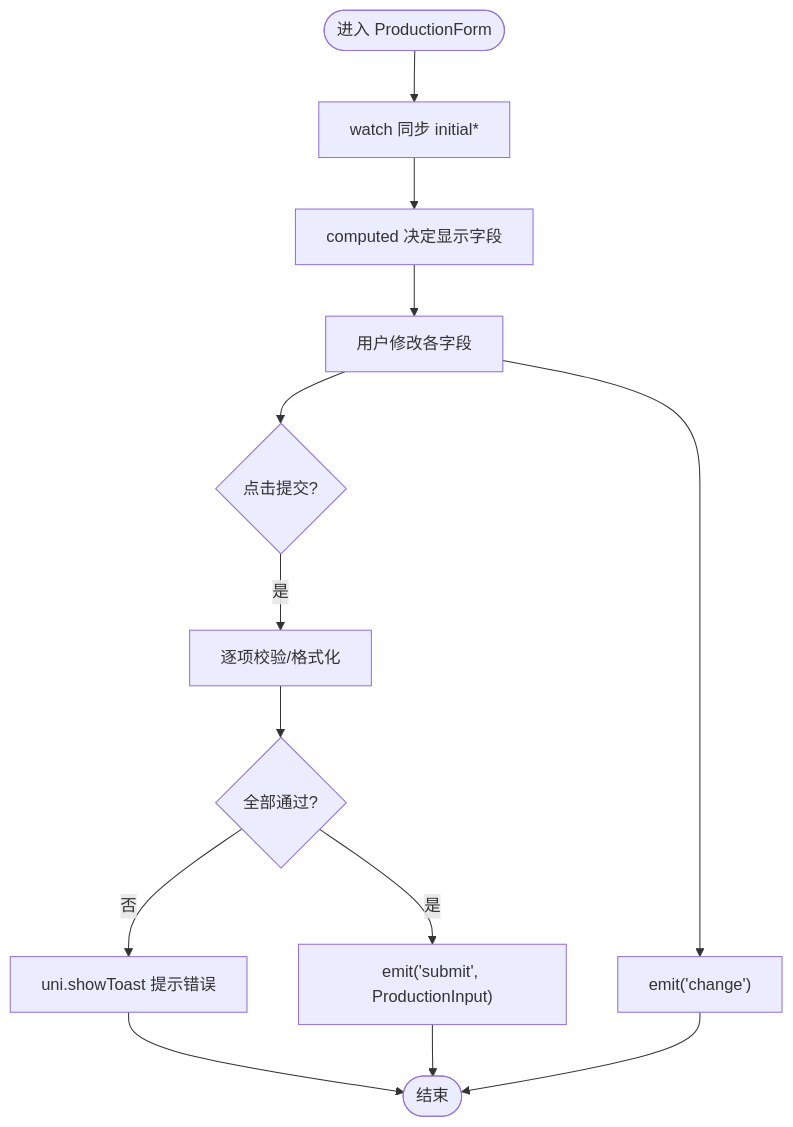
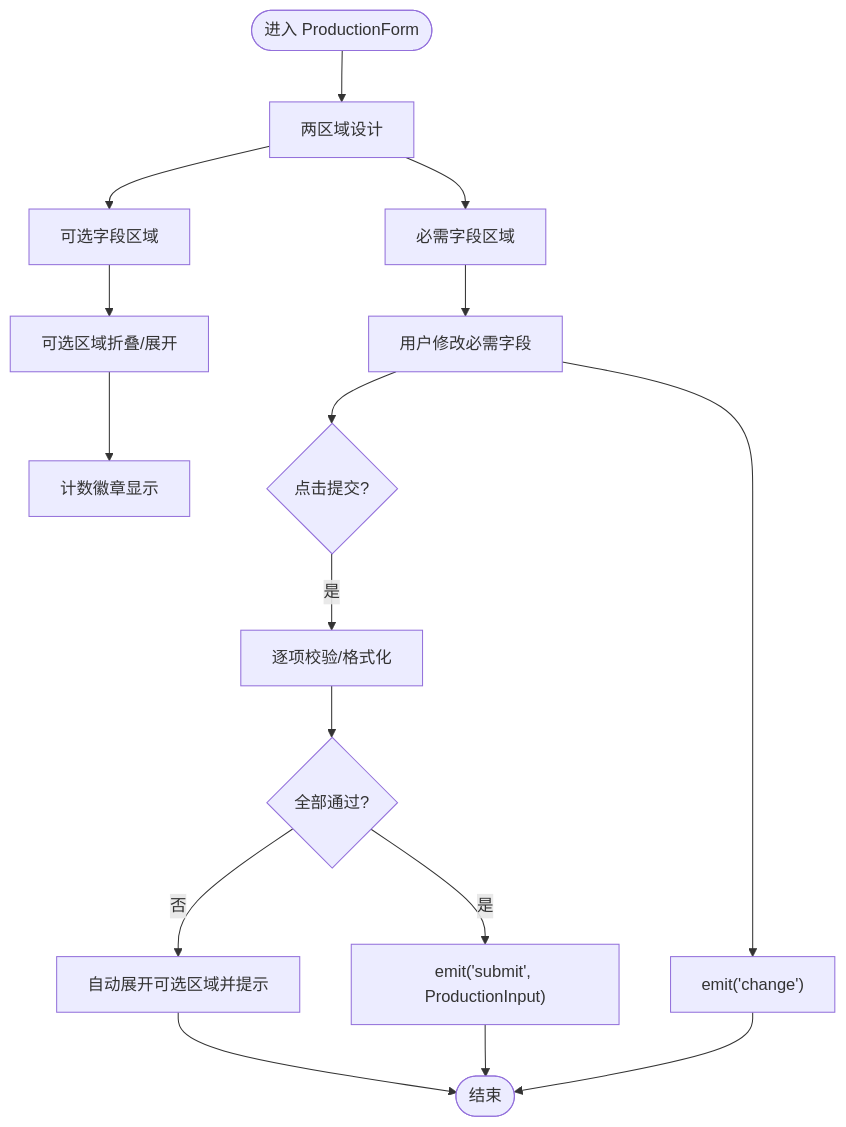
Before and after one commit to wungjyan/pocket-farm: the fourth of 7 diagrams in .qoder/repowiki/zh/content/系统架构/前端架构/组件系统.md, drawn with Mermaid. The commit also changed other lines of this file and 198 other files, not shown here.

````diff
--- a/.qoder/repowiki/zh/content/系统架构/前端架构/组件系统.md
+++ b/.qoder/repowiki/zh/content/系统架构/前端架构/组件系统.md
@@ -215,15 +251,18 @@
 ```mermaid
 flowchart TD
-Start(["进入 ProductionForm"]) --> Sync["watch 同步 initial*"]
-Sync --> Render["computed 决定显示字段"]
-Render --> UserInput["用户修改各字段"]
+Start(["进入 ProductionForm"]) --> TwoRegions["两区域设计"]
+TwoRegions --> Required["必需字段区域"]
+TwoRegions --> Optional["可选字段区域"]
+Required --> UserInput["用户修改必需字段"]
+Optional --> Toggle["可选区域折叠/展开"]
+Toggle --> CountBadge["计数徽章显示"]
 UserInput --> Notify["emit('change')"]
 UserInput --> Submit{"点击提交?"}
 Submit --> |是| Validate["逐项校验/格式化"]
 Validate --> Valid{"全部通过?"}
 Valid --> |是| EmitSubmit["emit('submit', ProductionInput)"]
-Valid --> |否| Toast["uni.showToast 提示错误"]
-Toast --> End(["结束"])
+Valid --> |否| ShowOptional["自动展开可选区域并提示"]
+ShowOptional --> End(["结束"])
 EmitSubmit --> End
 Notify --> End
 ```
````
